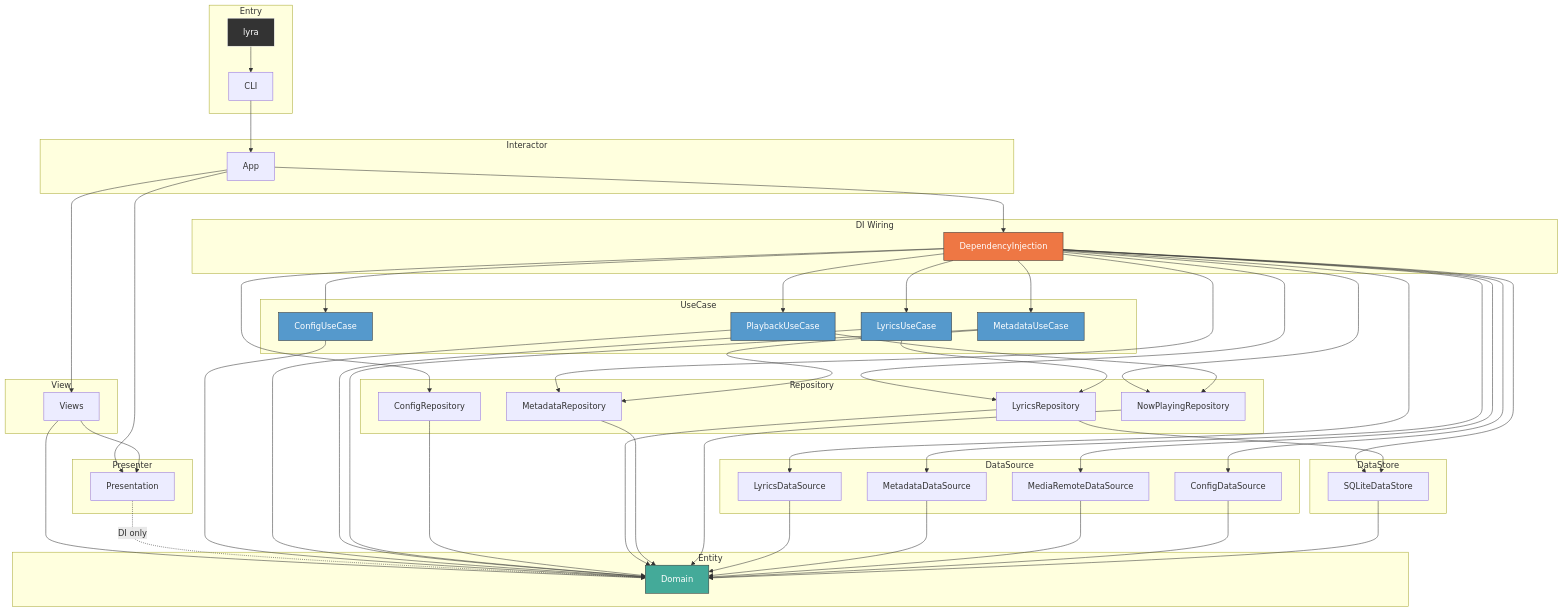
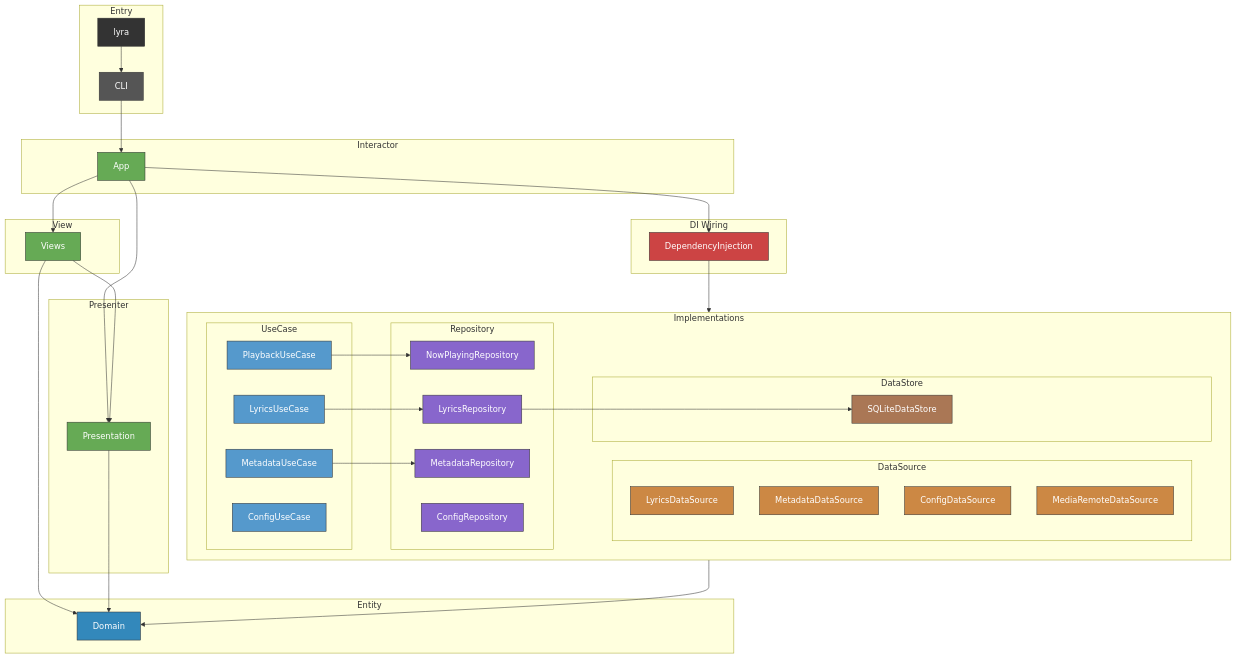
One commit to GeneralD/lyra changed the diagram in CLAUDE.md. Above: the diagram before and after it, drawn with Mermaid. The commit also changed 2 other files, not shown here.

Commit message:
fix: add Domain to DependencyInjection deps, share DatabaseManager
- Package.swiftでDependencyInjectionにDomain依存を明示的に追加
- DataStoreRegistrationでDatabaseManagerインスタンスを共有化

````diff
--- a/CLAUDE.md
+++ b/CLAUDE.md
@@ -46,60 +46,63 @@
         Domain[Domain]
     end
 
-    subgraph UseCase
-        ConfigUseCase[ConfigUseCase]
-        PlaybackUseCase[PlaybackUseCase]
-        LyricsUseCase[LyricsUseCase]
-        MetadataUseCase[MetadataUseCase]
-    end
+    subgraph Implementations
+        subgraph UseCase
+            ConfigUseCase[ConfigUseCase]
+            PlaybackUseCase[PlaybackUseCase]
+            LyricsUseCase[LyricsUseCase]
+            MetadataUseCase[MetadataUseCase]
+        end
 
-    subgraph Repository
-        ConfigRepository[ConfigRepository]
-        LyricsRepository[LyricsRepository]
-        MetadataRepository[MetadataRepository]
-        NowPlayingRepository[NowPlayingRepository]
-    end
+        subgraph Repository
+            ConfigRepository[ConfigRepository]
+            LyricsRepository[LyricsRepository]
+            MetadataRepository[MetadataRepository]
+            NowPlayingRepository[NowPlayingRepository]
+        end
 
-    subgraph DataSource
-        LyricsDataSource[LyricsDataSource]
-        MetadataDataSource[MetadataDataSource]
-        ConfigDataSource[ConfigDataSource]
-        MediaRemoteDataSource[MediaRemoteDataSource]
-    end
+        subgraph DataSource
+            LyricsDataSource[LyricsDataSource]
+            MetadataDataSource[MetadataDataSource]
+            ConfigDataSource[ConfigDataSource]
+            MediaRemoteDataSource[MediaRemoteDataSource]
+        end
 
-    subgraph DataStore
-        SQLiteDataStore[SQLiteDataStore]
+        subgraph DataStore
+            SQLiteDataStore[SQLiteDataStore]
+        end
     end
 
     lyra --> CLI
     CLI --> App
     App --> Views & Presentation & DependencyInjection
-    DependencyInjection --> ConfigUseCase & ConfigRepository & ConfigDataSource
-    DependencyInjection --> PlaybackUseCase & LyricsUseCase & MetadataUseCase
-    DependencyInjection --> LyricsRepository & MetadataRepository & NowPlayingRepository
-    DependencyInjection --> LyricsDataSource & MetadataDataSource & MediaRemoteDataSource
-    DependencyInjection --> SQLiteDataStore
+    DependencyInjection --> Implementations
     Views --> Presentation & Domain
-    Presentation -.->|DI only| Domain
-    ConfigUseCase --> Domain
-    PlaybackUseCase --> NowPlayingRepository & Domain
-    LyricsUseCase --> LyricsRepository & Domain
-    MetadataUseCase --> MetadataRepository & Domain
-    ConfigRepository --> Domain
-    LyricsRepository --> SQLiteDataStore & Domain
-    MetadataRepository --> Domain
-    NowPlayingRepository --> Domain
-    LyricsDataSource --> Domain
-    MetadataDataSource --> Domain
-    MediaRemoteDataSource --> Domain
-    ConfigDataSource --> Domain
-    SQLiteDataStore --> Domain
+    Presentation --> Domain
+    Implementations --> Domain
+    PlaybackUseCase --> NowPlayingRepository
+    LyricsUseCase --> LyricsRepository
+    MetadataUseCase --> MetadataRepository
+    LyricsRepository --> SQLiteDataStore
 
-    style Domain fill:#4a9,stroke:#333,color:#fff
-    style DependencyInjection fill:#e74,stroke:#333,color:#fff
+    style lyra fill:#333,stroke:#333,color:#fff
+    style CLI fill:#555,stroke:#333,color:#fff
+    style App fill:#6a5,stroke:#333,color:#fff
+    style Views fill:#6a5,stroke:#333,color:#fff
+    style Presentation fill:#6a5,stroke:#333,color:#fff
+    style DependencyInjection fill:#c44,stroke:#333,color:#fff
+    style Domain fill:#38b,stroke:#333,color:#fff
     style ConfigUseCase fill:#59c,stroke:#333,color:#fff
     style PlaybackUseCase fill:#59c,stroke:#333,color:#fff
     style LyricsUseCase fill:#59c,stroke:#333,color:#fff
     style MetadataUseCase fill:#59c,stroke:#333,color:#fff
-    style lyra fill:#333,stroke:#fff,color:#fff
+    style ConfigRepository fill:#86c,stroke:#333,color:#fff
+    style LyricsRepository fill:#86c,stroke:#333,color:#fff
+    style MetadataRepository fill:#86c,stroke:#333,color:#fff
+    style NowPlayingRepository fill:#86c,stroke:#333,color:#fff
+    style LyricsDataSource fill:#c84,stroke:#333,color:#fff
+    style MetadataDataSource fill:#c84,stroke:#333,color:#fff
+    style ConfigDataSource fill:#c84,stroke:#333,color:#fff
+    style MediaRemoteDataSource fill:#c84,stroke:#333,color:#fff
+    style SQLiteDataStore fill:#a75,stroke:#333,color:#fff
 ```
````
